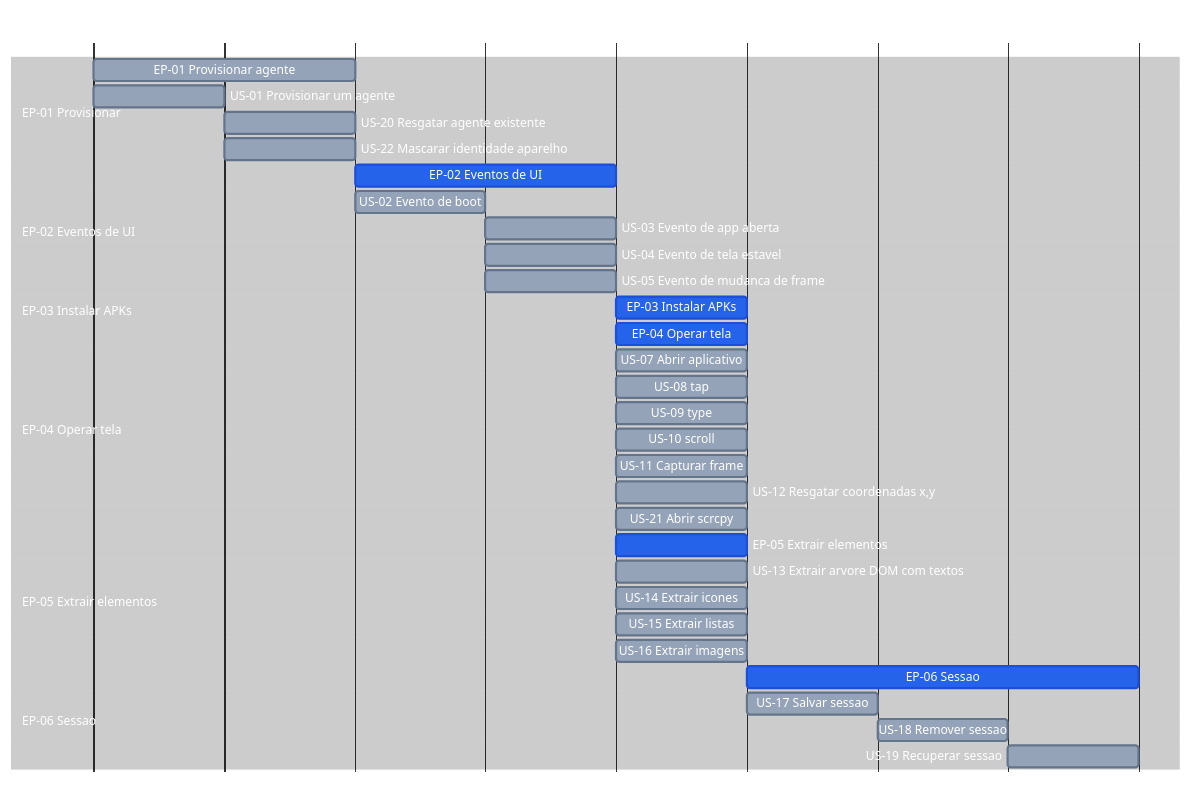
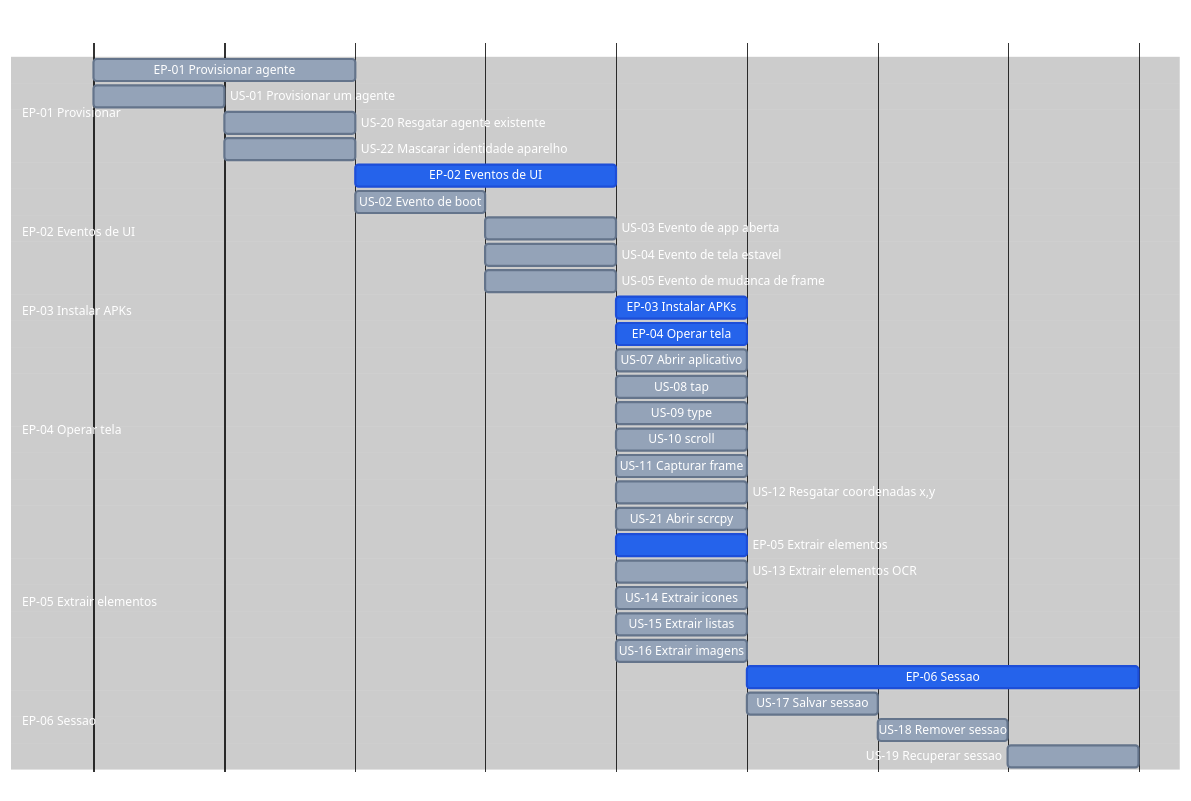
The diagram in screen-robot/3.roadmap.md (laerciogermano/workstation), drawn with Mermaid before and after one commit. The commit also changed 18 other files, not shown here.

Commit message:
Documenta extract como lista plana de elementos OCR, sem árvore DOM.

````diff
--- a/screen-robot/3.roadmap.md
+++ b/screen-robot/3.roadmap.md
@@ -12,79 +12,79 @@
 ```mermaid
 ---
 config:
   theme: base
   themeVariables:
     darkMode: true
     background: '#000000'
     primaryTextColor: '#ffffff'
     secondaryTextColor: '#ffffff'
     tertiaryTextColor: '#ffffff'
     textColor: '#ffffff'
     lineColor: '#333333'
     mainBkg: '#000000'
     secondaryColor: '#000000'
     tertiaryColor: '#000000'
     sectionBkgColor: '#000000'
     sectionBkgColor2: '#000000'
     altSectionBkgColor: '#000000'
     gridColor: '#222222'
     excludeBkgColor: '#000000'
     todayLineColor: '#444444'
     doneTaskBkgColor: '#2563eb'
     doneTaskBorderColor: '#1d4ed8'
     taskBkgColor: '#94a3b8'
     taskBorderColor: '#64748b'
     taskTextColor: '#ffffff'
     taskTextDarkColor: '#ffffff'
     taskTextLightColor: '#ffffff'
     taskTextOutsideColor: '#ffffff'
     critBkgColor: '#2563eb'
     critBorderColor: '#1d4ed8'
     activeTaskBkgColor: '#94a3b8'
     activeTaskBorderColor: '#64748b'
 ---
 gantt
   title screen-robot EP / US
   dateFormat X
   axisFormat %s
 
   section EP-01 Provisionar
   EP-01 Provisionar agente              :ep01, 0, 30m
   US-01 Provisionar um agente           :us01, 0, 15m
   US-20 Resgatar agente existente       :us20, after us01, 15m
   US-22 Mascarar identidade aparelho    :us22, after us01, 15m
 
   section EP-02 Eventos de UI
   EP-02 Eventos de UI                   :done, ep02, after ep01, 30m
   US-02 Evento de boot                  :us02, after ep01, 15m
   US-03 Evento de app aberta            :us03, after us02, 15m
   US-04 Evento de tela estavel          :us04, after us02, 15m
   US-05 Evento de mudanca de frame      :us05, after us02, 15m
 
 
   section EP-03 Instalar APKs
   EP-03 Instalar APKs                   :done, ep03, after us05, 15m
 
   section EP-04 Operar tela
   EP-04 Operar tela                     :done, ep04, after us05, 15m
   US-07 Abrir aplicativo                :us07, after us05, 15m
   US-08 tap                             :us08, after us05, 15m
   US-09 type                            :us09, after us05, 15m
   US-10 scroll                          :us10, after us05, 15m
   US-11 Capturar frame                  :us11, after us05, 15m
   US-12 Resgatar coordenadas x,y        :us12, after us05, 15m
   US-21 Abrir scrcpy                    :us21, after us05, 15m
 
   section EP-05 Extrair elementos
   EP-05 Extrair elementos               :done, ep05, after us05, 15m
-  US-13 Extrair arvore DOM com textos   :us13, after us05, 15m
+  US-13 Extrair elementos OCR           :us13, after us05, 15m
   US-14 Extrair icones                  :us14, after us05, 15m
   US-15 Extrair listas                  :us15, after us05, 15m
   US-16 Extrair imagens                 :us16, after us05, 15m
 
   section EP-06 Sessao
   EP-06 Sessao                          :done, ep06, after ep05, 45m
   US-17 Salvar sessao                   :us17, after ep05, 15m
   US-18 Remover sessao                  :us18, after us17, 15m
   US-19 Recuperar sessao                :us19, after us18, 15m
 ```
````
